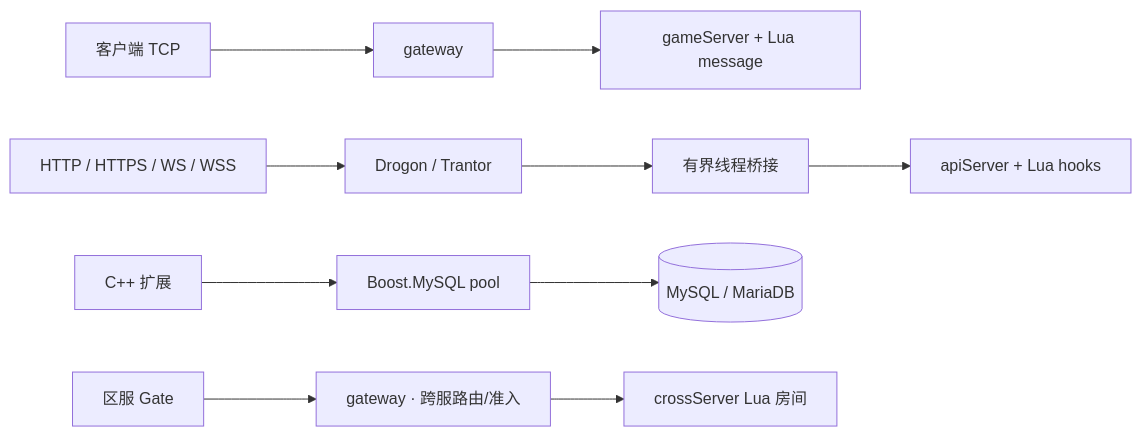
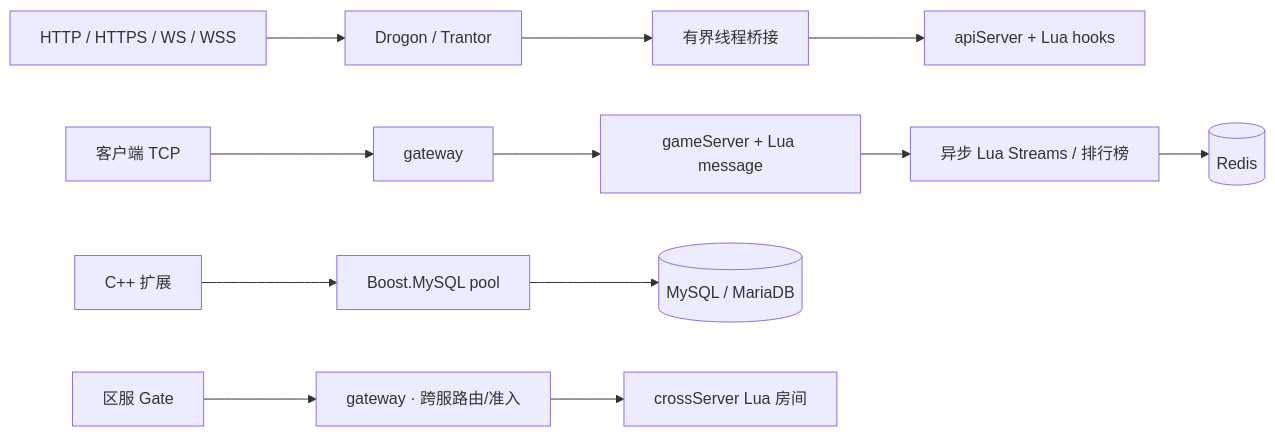
Before and after one commit to cuihairu/mistlane: the diagram in README.zh-CN.md, drawn with Mermaid. The commit also changed other lines of this file and 10 other files, not shown here.

````diff
--- a/README.zh-CN.md
+++ b/README.zh-CN.md
@@ -32,12 +32,14 @@
 ```mermaid
 flowchart LR
   C[客户端 TCP] --> G[gateway]
   G --> W[gameServer + Lua message]
   H[HTTP / HTTPS / WS / WSS] --> D[Drogon / Trantor]
   D --> B[有界线程桥接]
   B --> L[apiServer + Lua hooks]
   A[C++ 扩展] --> P[Boost.MySQL pool]
   P --> DB[(MySQL / MariaDB)]
+  W --> Q[异步 Lua Streams / 排行榜]
+  Q --> KV[(Redis)]
   E[区服 Gate] --> X[gateway · 跨服路由/准入]
   X --> S[crossServer Lua 房间]
 ```
````
